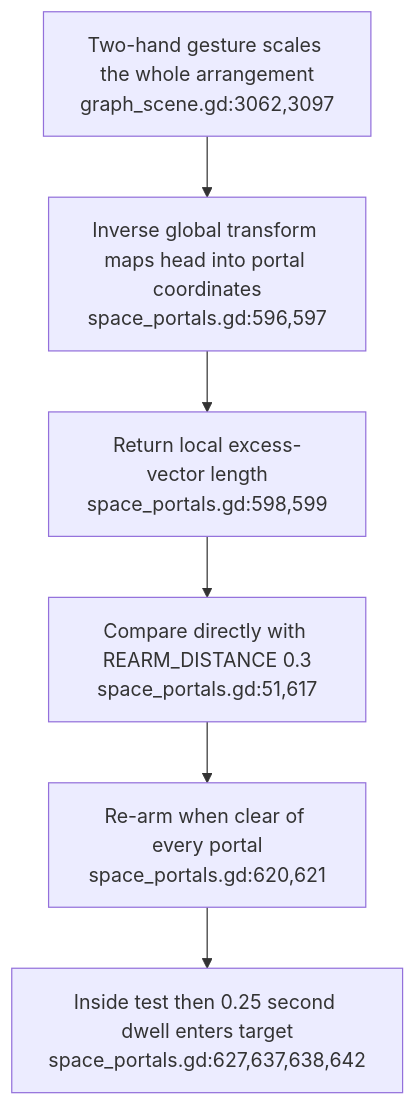
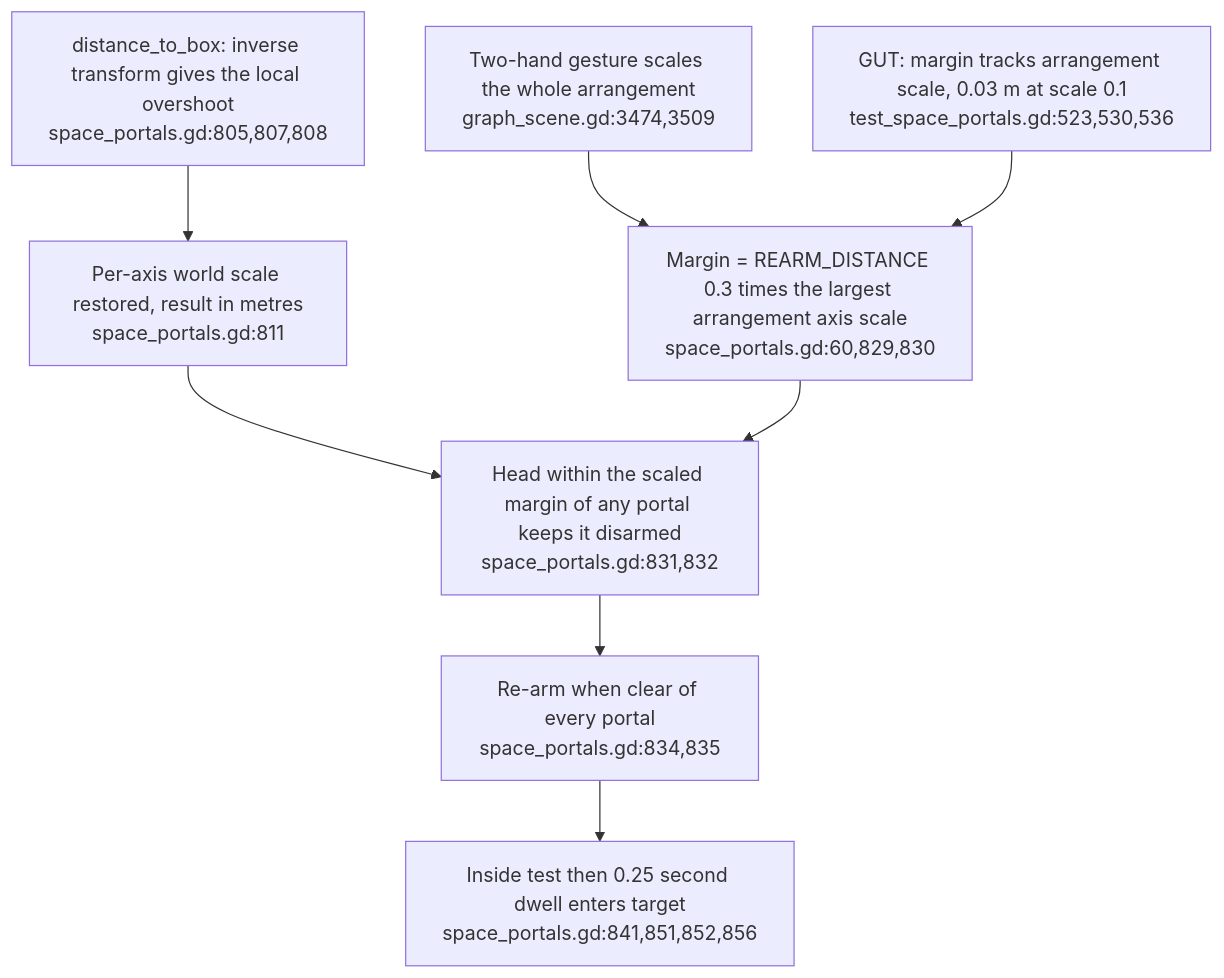
One commit to DreamLab-AI/VisionFlow changed the second of 3 diagrams in docs/diagrams/visionclaw/47-portal-entry-and-scaled-walkthrough.md. Above: the diagram before and after it, drawn with Mermaid. The commit also changed other lines of this file and 56 other files, not shown here.

First line of the commit message:
docs(diagrams): re-verify VisionClaw topics at ec785afa9, add VC-19/56/57 and the VisionClaw register

````diff
--- a/docs/diagrams/visionclaw/47-portal-entry-and-scaled-walkthrough.md
+++ b/docs/diagrams/visionclaw/47-portal-entry-and-scaled-walkthrough.md
@@ -40,8 +41,10 @@
 ```mermaid
 flowchart TD
-    HAND["Two-hand gesture scales the whole arrangement<br/>graph_scene.gd:3062,3097"] --> INV["Inverse global transform maps head into portal coordinates<br/>space_portals.gd:596,597"]
-    INV --> DIST["Return local excess-vector length<br/>space_portals.gd:598,599"]
-    DIST --> LIMIT["Compare directly with REARM_DISTANCE 0.3<br/>space_portals.gd:51,617"]
-    LIMIT --> ARM["Re-arm when clear of every portal<br/>space_portals.gd:620,621"]
-    ARM --> DWELL["Inside test then 0.25 second dwell enters target<br/>space_portals.gd:627,637,638,642"]
+    HAND["Two-hand gesture scales the whole arrangement<br/>graph_scene.gd:3474,3509"] --> MARGIN["Margin = REARM_DISTANCE 0.3 times the largest arrangement axis scale<br/>space_portals.gd:60,829,830"]
+    INV["distance_to_box: inverse transform gives the local overshoot<br/>space_portals.gd:805,807,808"] --> WORLD["Per-axis world scale restored, result in metres<br/>space_portals.gd:811"]
+    WORLD --> LIMIT["Head within the scaled margin of any portal keeps it disarmed<br/>space_portals.gd:831,832"]
+    MARGIN --> LIMIT
+    LIMIT --> ARM["Re-arm when clear of every portal<br/>space_portals.gd:834,835"]
+    ARM --> DWELL["Inside test then 0.25 second dwell enters target<br/>space_portals.gd:841,851,852,856"]
+    TEST["GUT: margin tracks arrangement scale, 0.03 m at scale 0.1<br/>test_space_portals.gd:523,530,536"] --> MARGIN
 ```
````
